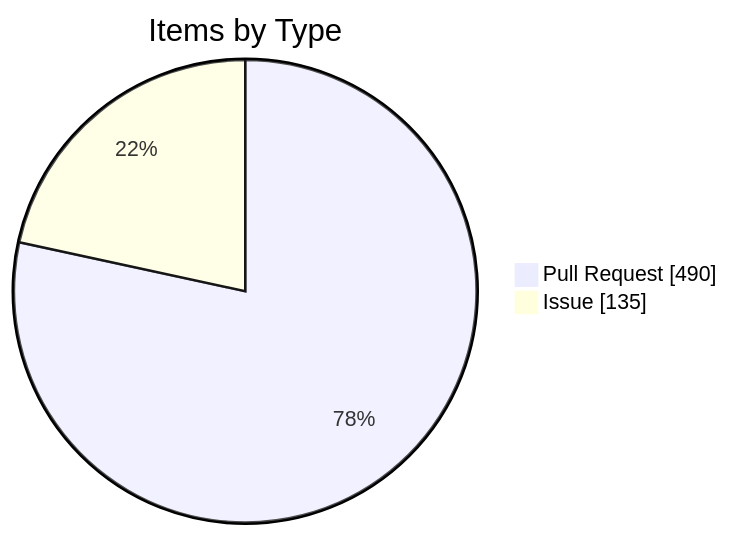
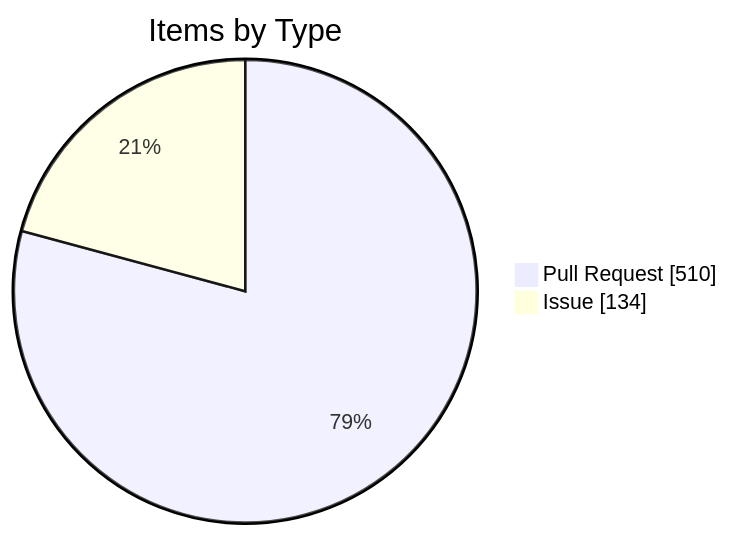
The fourth of 4 diagrams in apps/kbve/astro-kbve/src/content/docs/dashboard/kanban-data.mdx (KBVE/kbve), drawn with Mermaid before and after one commit. The commit also changed other lines of this file and 2 other files, not shown here.

````diff
--- a/apps/kbve/astro-kbve/src/content/docs/dashboard/kanban-data.mdx
+++ b/apps/kbve/astro-kbve/src/content/docs/dashboard/kanban-data.mdx
@@ -246,6 +246,6 @@
 ```mermaid
 pie showData
     title Items by Type
-    "Pull Request" : 490
-    "Issue" : 135
+    "Pull Request" : 510
+    "Issue" : 134
 ```
````
